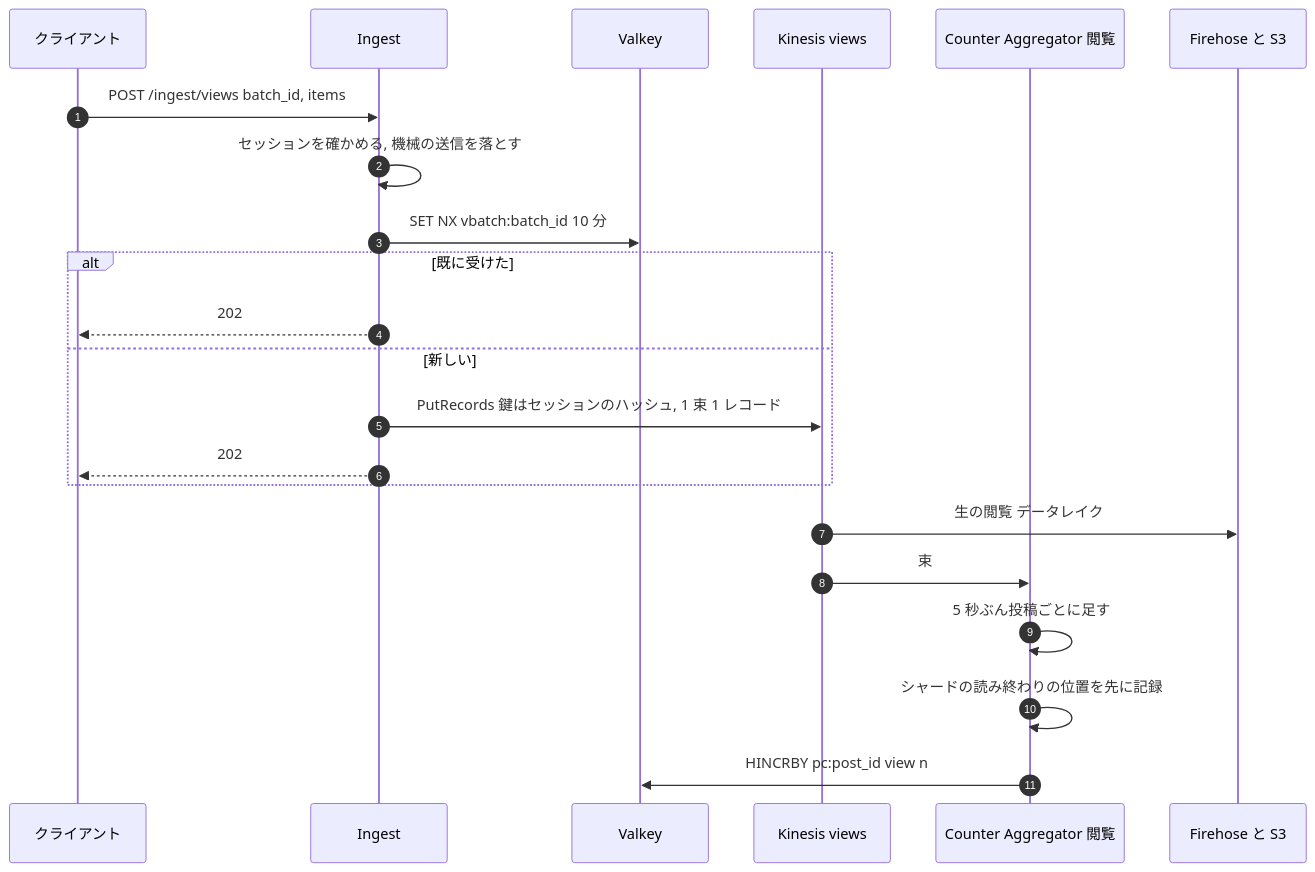
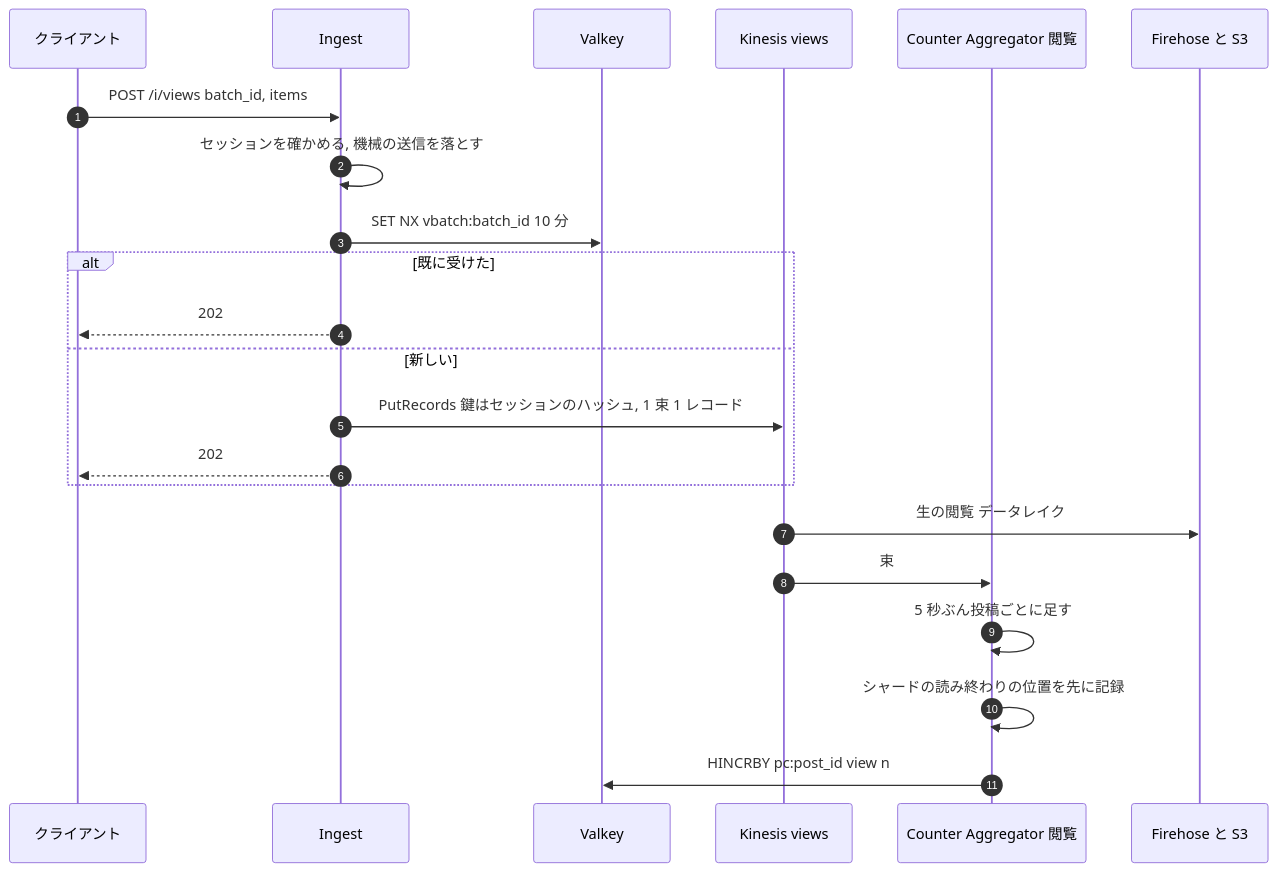
The third of 3 diagrams in systems/x/docs/architecture/engagement-and-counters.md (shoito/rebuilds), drawn with Mermaid before and after one commit. The commit also changed other lines of this file and 38 other files, not shown here.

````diff
--- a/systems/x/docs/architecture/engagement-and-counters.md
+++ b/systems/x/docs/architecture/engagement-and-counters.md
@@ -175,24 +175,24 @@
 ```mermaid
 sequenceDiagram
     autonumber
     participant C as クライアント
     participant I as Ingest
     participant V as Valkey
     participant K as Kinesis views
     participant A as Counter Aggregator 閲覧
     participant S as Firehose と S3
-    C->>I: POST /ingest/views batch_id, items
+    C->>I: POST /i/views batch_id, items
     I->>I: セッションを確かめる, 機械の送信を落とす
     I->>V: SET NX vbatch:batch_id 10 分
     alt 既に受けた
         I-->>C: 202
     else 新しい
         I->>K: PutRecords 鍵はセッションのハッシュ, 1 束 1 レコード
         I-->>C: 202
     end
     K->>S: 生の閲覧 データレイク
     K->>A: 束
     A->>A: 5 秒ぶん投稿ごとに足す
     A->>A: シャードの読み終わりの位置を先に記録
     A->>V: HINCRBY pc:post_id view n
 ```
````
